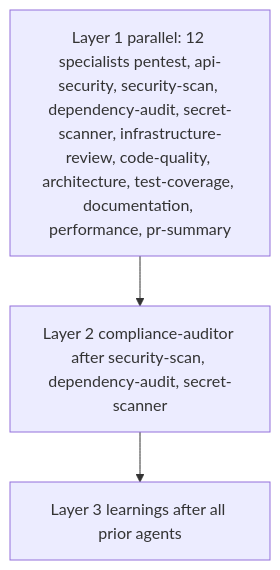
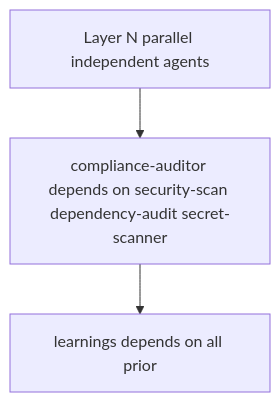
The fourth of 4 diagrams in README.md (Julian-AT/clawguard), drawn with Mermaid before and after one commit. The commit also changed other lines of this file and 18 other files, not shown here.

````diff
--- a/README.md
+++ b/README.md
@@ -167,8 +136,8 @@
 ```mermaid
 flowchart TD
-  L1["Layer 1 parallel: 12 specialists pentest, api-security, security-scan, dependency-audit, secret-scanner, infrastructure-review, code-quality, architecture, test-coverage, documentation, performance, pr-summary"]
-  L2["Layer 2 compliance-auditor after security-scan, dependency-audit, secret-scanner"]
-  L3["Layer 3 learnings after all prior agents"]
+  L1["Layer N parallel independent agents"]
+  L2["compliance-auditor depends on security-scan dependency-audit secret-scanner"]
+  L3["learnings depends on all prior"]
 
   L1 --> L2 --> L3
 ```
````
